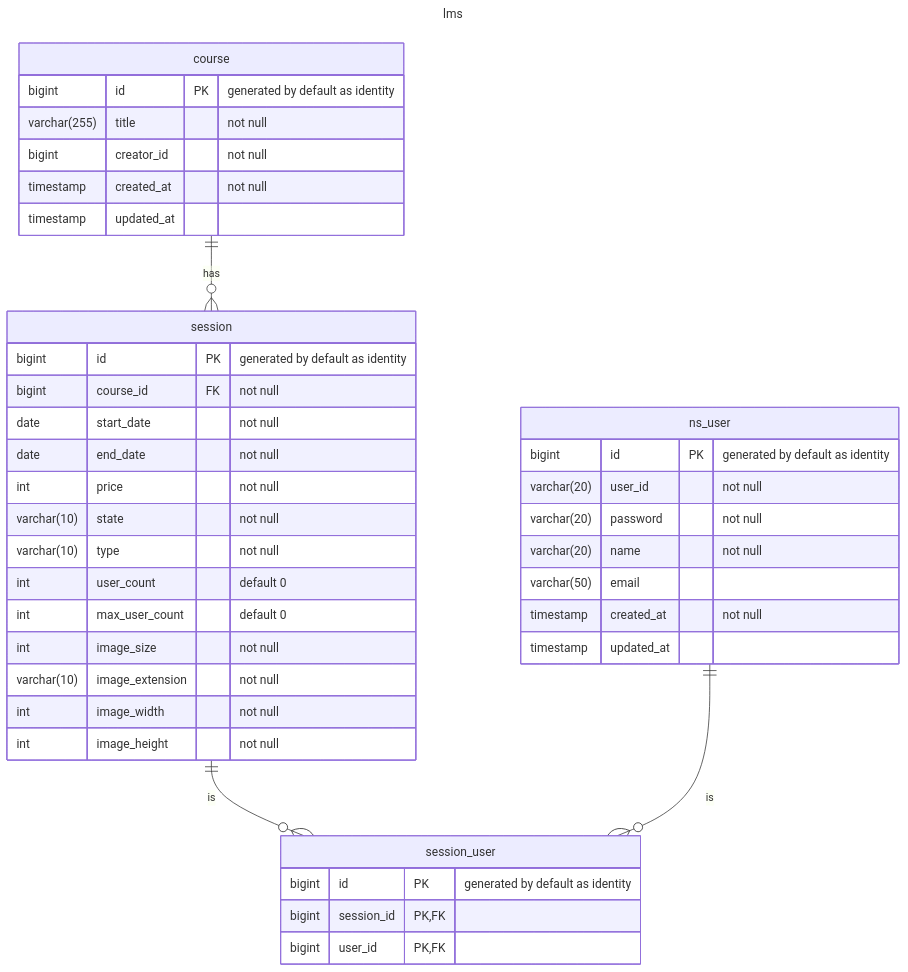
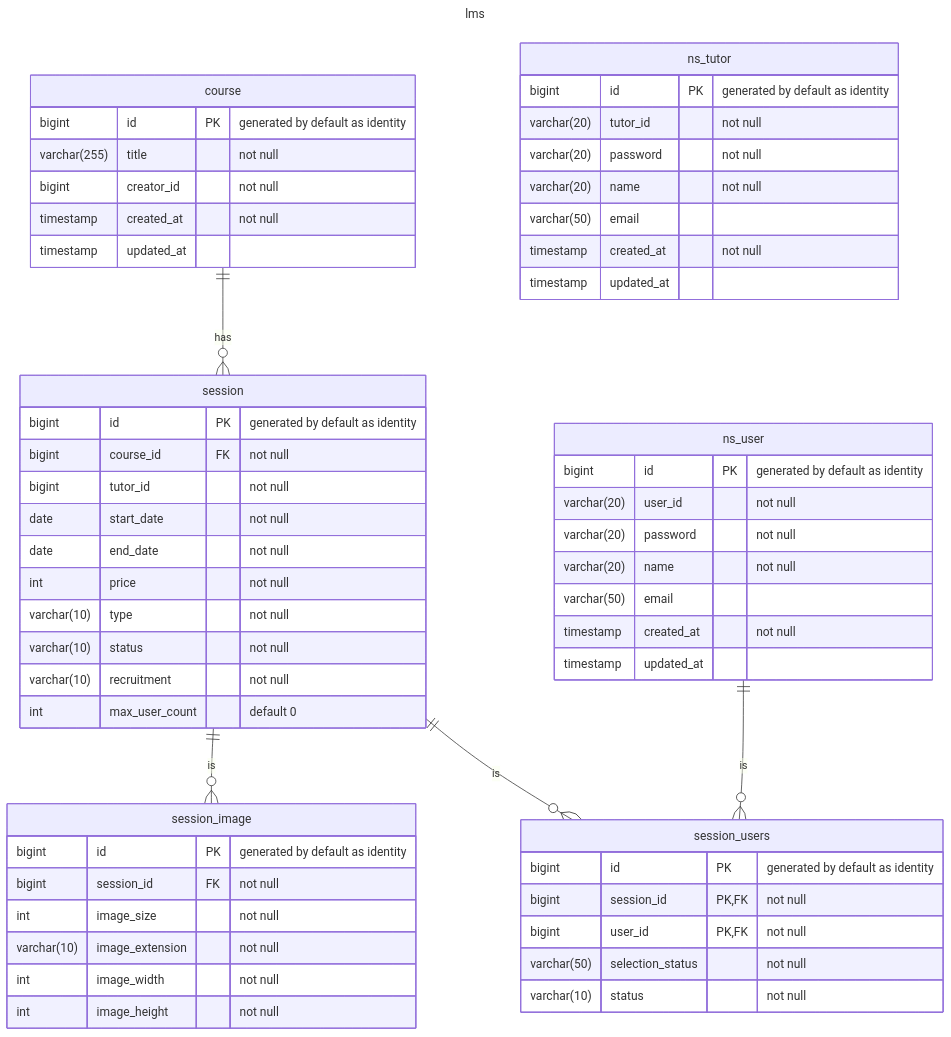
Before and after one commit to next-step/java-lms: the diagram in README.md, drawn with Mermaid. The commit also changed other lines of this file and 30 other files, not shown here.

````diff
--- a/README.md
+++ b/README.md
@@ -77,45 +85,62 @@
 ```mermaid
 ---
 title: lms
 ---
 erDiagram
     course {
         bigint id PK "generated by default as identity"
         varchar(255) title "not null"
         bigint creator_id "not null"
         timestamp created_at "not null"
         timestamp updated_at
     }
     course ||--o{ session: has
-    session {
+    session_image {
         bigint id PK "generated by default as identity"
-        bigint course_id FK "not null"
-        date start_date "not null"
-        date end_date "not null"
-        int price "not null"
-        varchar(10) state "not null"
-        varchar(10) type "not null"
-        int user_count "default 0"
-        int max_user_count "default 0"
+        bigint session_id FK "not null"
         int image_size "not null"
         varchar(10) image_extension "not null"
         int image_width "not null"
         int image_height "not null"
     }
-    session ||--o{ session_user: is
-    session_user {
+    session ||--o{ session_image: is
+    session {
         bigint id PK "generated by default as identity"
-        bigint session_id PK, FK
-        bigint user_id PK, FK
+        bigint course_id FK "not null"
+        bigint tutor_id "not null"
+        date start_date "not null"
+        date end_date "not null"
+        int price "not null"
+        varchar(10) type "not null"
+        varchar(10) status "not null"
+        varchar(10) recruitment "not null"
+        int max_user_count "default 0"
     }
-    ns_user ||--o{ session_user: is
+    session ||--o{ session_users: is
+    session_users {
+        bigint id PK "generated by default as identity"
+        bigint session_id PK, FK "not null"
+        bigint user_id PK, FK "not null"
+        varchar(50) selection_status "not null"
+        varchar(10) status "not null"
+    }
+    ns_user ||--o{ session_users: is
     ns_user {
         bigint id PK "generated by default as identity"
         varchar(20) user_id "not null"
         varchar(20) password "not null"
         varchar(20) name "not null"
         varchar(50) email
         timestamp created_at "not null"
         timestamp updated_at
     }
+    ns_tutor {
+        bigint id PK "generated by default as identity"
+        varchar(20) tutor_id "not null"
+        varchar(20) password "not null"
+        varchar(20) name "not null"
+        varchar(50) email
+        timestamp created_at "not null"
+        timestamp updated_at
+    }
 ```
````
